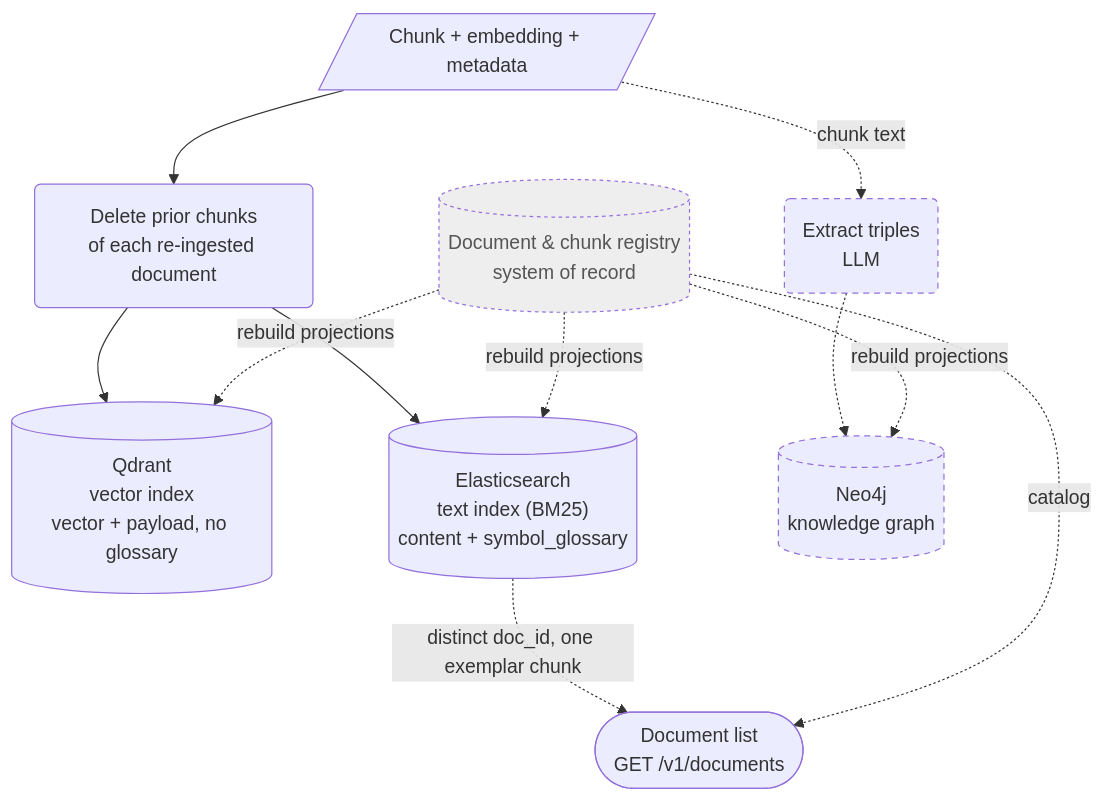
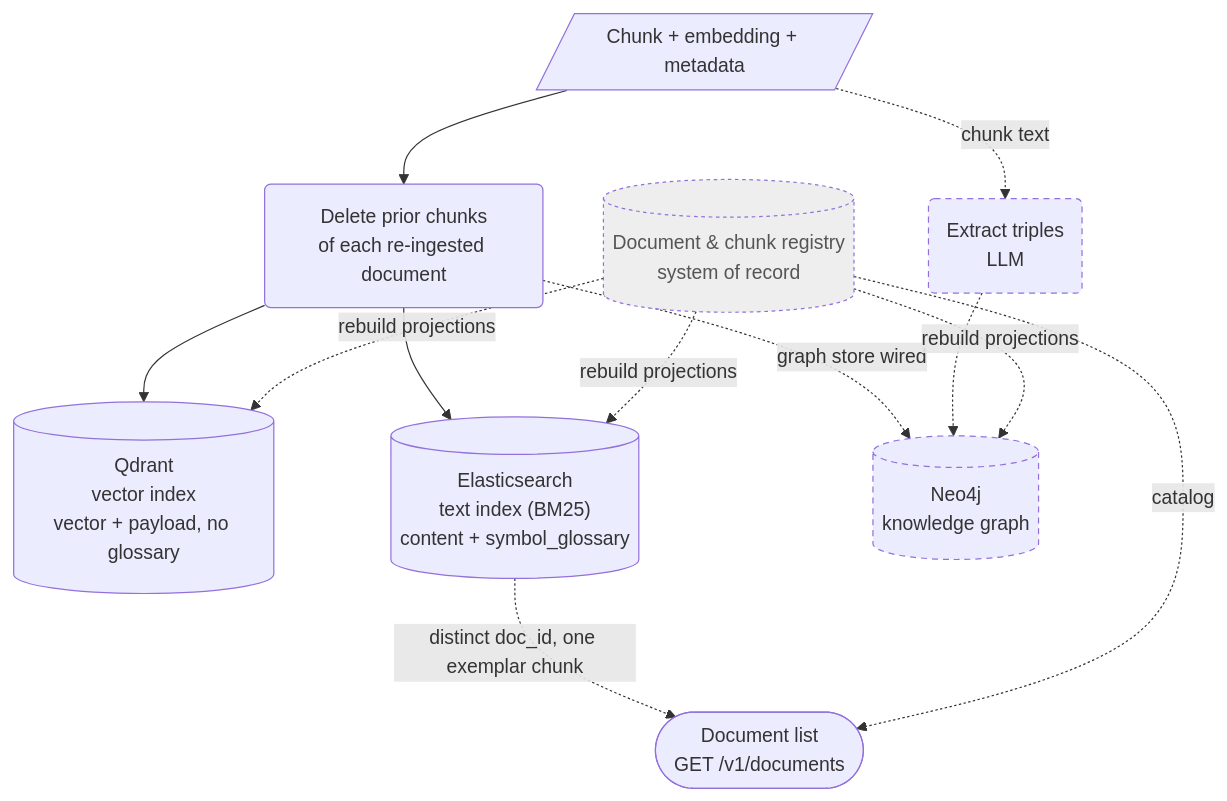
One commit to wilke/ragstack changed the second of 3 diagrams in docs/diagrams/system-components.md. Above: the diagram before and after it, drawn with Mermaid. The commit also changed other lines of this file and 2 other files, not shown here.

````diff
--- a/docs/diagrams/system-components.md
+++ b/docs/diagrams/system-components.md
@@ -63,27 +65,28 @@
 ```mermaid
 flowchart TB
   IN[/"Chunk + embedding + metadata"/]
   DEL("Delete prior chunks<br/>of each re-ingested document")
   QD[("Qdrant<br/>vector index<br/>vector + payload, no glossary")]
   ES[("Elasticsearch<br/>text index (BM25)<br/>content + symbol_glossary")]
   KG("Extract triples<br/>LLM")
   NEO[("Neo4j<br/>knowledge graph")]
   DOCS(["Document list<br/>GET /v1/documents"])
 
   IN --> DEL
   DEL --> QD
   DEL --> ES
+  DEL -. "graph store wired" .-> NEO
   IN -. "chunk text" .-> KG -.-> NEO
   ES -. "distinct doc_id, one exemplar chunk" .-> DOCS
 
   REG[("Document &amp; chunk registry<br/>system of record")]
   REG -. "rebuild projections" .-> QD
   REG -. "rebuild projections" .-> ES
   REG -. "rebuild projections" .-> NEO
   REG -. "catalog" .-> DOCS
 
   classDef opt stroke-dasharray: 5 4;
   classDef planned stroke-dasharray: 3 3,fill:#eeeeee,color:#555555;
   class KG,NEO opt;
   class REG planned;
 ```
````
